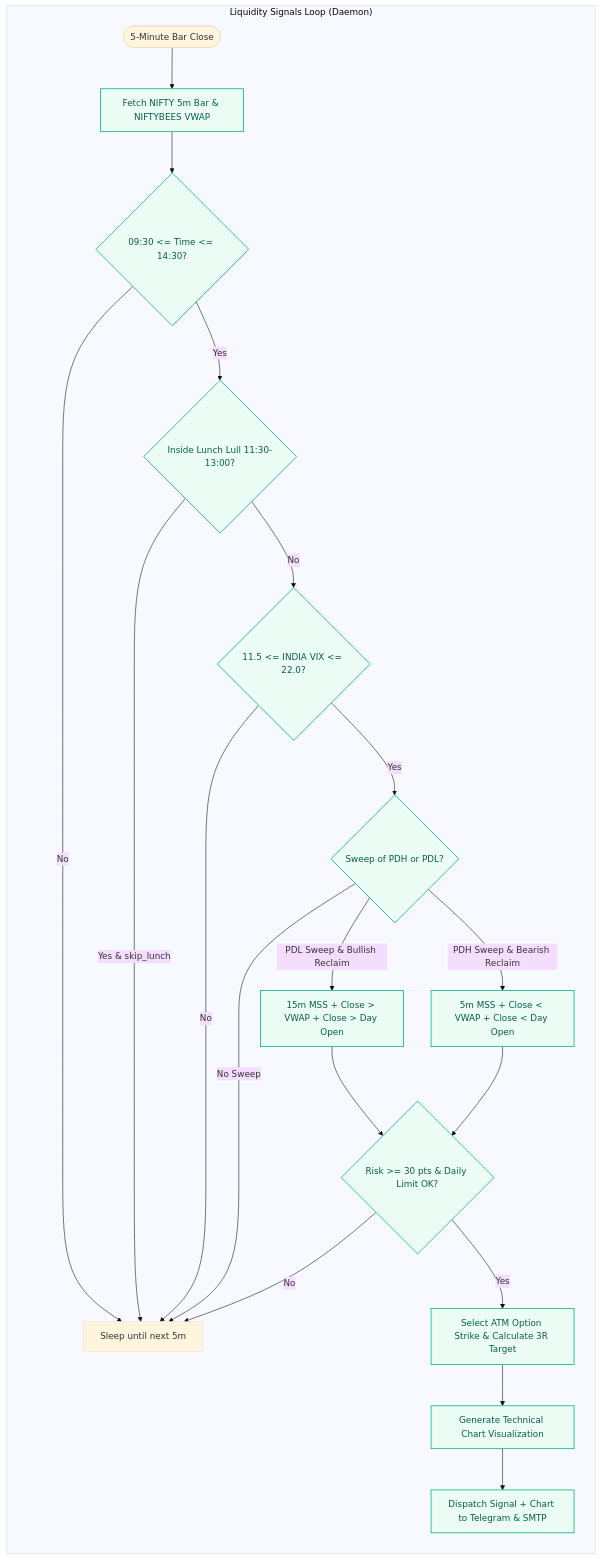
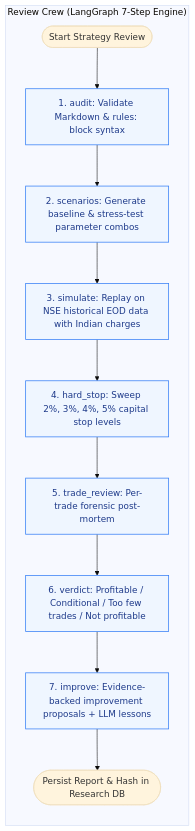
One commit to skoust1-a11y/genesis changed the fourth of 5 diagrams in DocumentsAndDiagrams/CURRENT_ARCHITECTURE_AND_AGENT_FLOWS.md. Above: the diagram before and after it, drawn with Mermaid (base theme). The commit also changed other lines of this file and 110 other files, not shown here.

First line of the commit message:
feat(arch): implement multi-crew autonomous trading framework and post-market safety wall

````diff
--- a/DocumentsAndDiagrams/CURRENT_ARCHITECTURE_AND_AGENT_FLOWS.md
+++ b/DocumentsAndDiagrams/CURRENT_ARCHITECTURE_AND_AGENT_FLOWS.md
@@ -140,27 +172,17 @@
 ```mermaid
 flowchart TD
-    subgraph LiquidityDaemon["Liquidity Signals Loop (Daemon)"]
+    subgraph ReviewCrewGraph["Review Crew (LangGraph 7-Step Engine)"]
         direction TB
-        tick_start([5-Minute Bar Close]) --> fetch_bar[Fetch NIFTY 5m Bar & NIFTYBEES VWAP]
-        fetch_bar --> time_gate{09:30 <= Time <= 14:30?}
-        time_gate -->|No| sleep_out[Sleep until next 5m]
-        time_gate -->|Yes| lunch_gate{Inside Lunch Lull 11:30-13:00?}
-        lunch_gate -->|Yes & skip_lunch| sleep_out
-        lunch_gate -->|No| vix_gate{11.5 <= INDIA VIX <= 22.0?}
-        vix_gate -->|No| sleep_out
-        vix_gate -->|Yes| sweep_chk{Sweep of PDH or PDL?}
-        
-        sweep_chk -->|PDL Sweep & Bullish Reclaim| long_chk[15m MSS + Close > VWAP + Close > Day Open]
-        sweep_chk -->|PDH Sweep & Bearish Reclaim| short_chk[5m MSS + Close < VWAP + Close < Day Open]
-        sweep_chk -->|No Sweep| sleep_out
-        
-        long_chk & short_chk --> risk_filt{Risk >= 30 pts & Daily Limit OK?}
-        risk_filt -->|No| sleep_out
-        risk_filt -->|Yes| strike_sel[Select ATM Option Strike & Calculate 3R Target]
-        strike_sel --> gen_chart[Generate Technical Chart Visualization]
-        gen_chart --> dispatch[Dispatch Signal + Chart to Telegram & SMTP]
+        rc_start([Start Strategy Review]) --> audit[1. audit: Validate Markdown & rules: block syntax]
+        audit --> scenarios[2. scenarios: Generate baseline & stress-test parameter combos]
+        scenarios --> simulate[3. simulate: Replay on NSE historical EOD data with Indian charges]
+        simulate --> hard_stop[4. hard_stop: Sweep 2%, 3%, 4%, 5% capital stop levels]
+        hard_stop --> trade_review[5. trade_review: Per-trade forensic post-mortem]
+        trade_review --> verdict[6. verdict: Profitable / Conditional / Too few trades / Not profitable]
+        verdict --> improve[7. improve: Evidence-backed improvement proposals + LLM lessons]
+        improve --> rc_end([Persist Report & Hash in Research DB])
     end
 
-    classDef daemonClass fill:#ecfdf5,stroke:#10b981,stroke-width:1.5px,color:#065f46;
-    class fetch_bar,time_gate,lunch_gate,vix_gate,sweep_chk,long_chk,short_chk,risk_filt,strike_sel,gen_chart,dispatch daemonClass;
+    classDef rcClass fill:#eff6ff,stroke:#3b82f6,stroke-width:1.4px,color:#1e3a8a;
+    class audit,scenarios,simulate,hard_stop,trade_review,verdict,improve rcClass;
 ```
````
